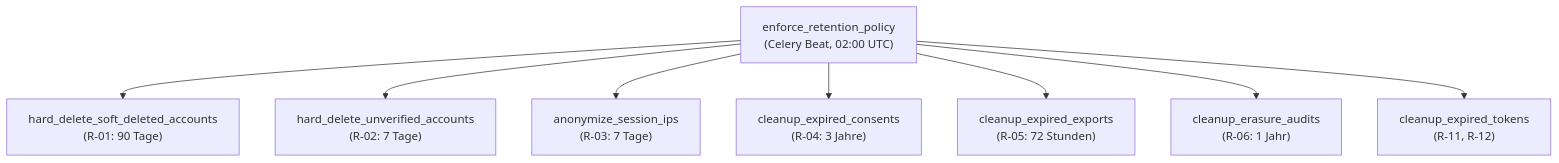
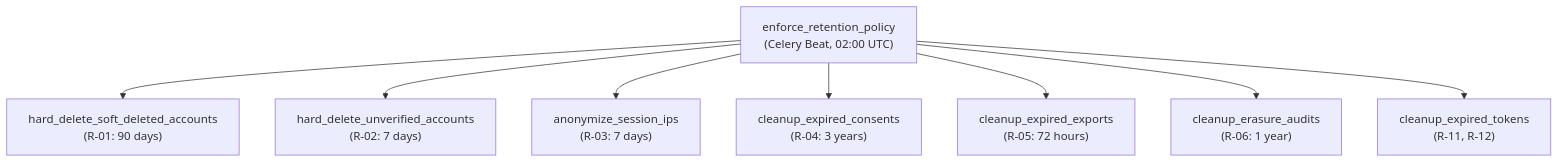
The second of 3 diagrams in docs/de/guides/data-retention.md (nolte/kamerplanter), drawn with Mermaid before and after one commit. The commit also changed other lines of this file and 44 other files, not shown here.

First line of the commit message:
docs: make all Mermaid diagrams spec-compliant (repo-wide sweep)

````diff
--- a/docs/de/guides/data-retention.md
+++ b/docs/de/guides/data-retention.md
@@ -135,12 +137,12 @@
 ```mermaid
-graph TD
+flowchart TD
     Master["enforce_retention_policy<br/>(Celery Beat, 02:00 UTC)"]
 
-    Master --> T1["hard_delete_soft_deleted_accounts<br/>(R-01: 90 Tage)"]
-    Master --> T2["hard_delete_unverified_accounts<br/>(R-02: 7 Tage)"]
-    Master --> T3["anonymize_session_ips<br/>(R-03: 7 Tage)"]
-    Master --> T4["cleanup_expired_consents<br/>(R-04: 3 Jahre)"]
-    Master --> T5["cleanup_expired_exports<br/>(R-05: 72 Stunden)"]
-    Master --> T6["cleanup_erasure_audits<br/>(R-06: 1 Jahr)"]
+    Master --> T1["hard_delete_soft_deleted_accounts<br/>(R-01: 90 days)"]
+    Master --> T2["hard_delete_unverified_accounts<br/>(R-02: 7 days)"]
+    Master --> T3["anonymize_session_ips<br/>(R-03: 7 days)"]
+    Master --> T4["cleanup_expired_consents<br/>(R-04: 3 years)"]
+    Master --> T5["cleanup_expired_exports<br/>(R-05: 72 hours)"]
+    Master --> T6["cleanup_erasure_audits<br/>(R-06: 1 year)"]
     Master --> T7["cleanup_expired_tokens<br/>(R-11, R-12)"]
 ```
````
